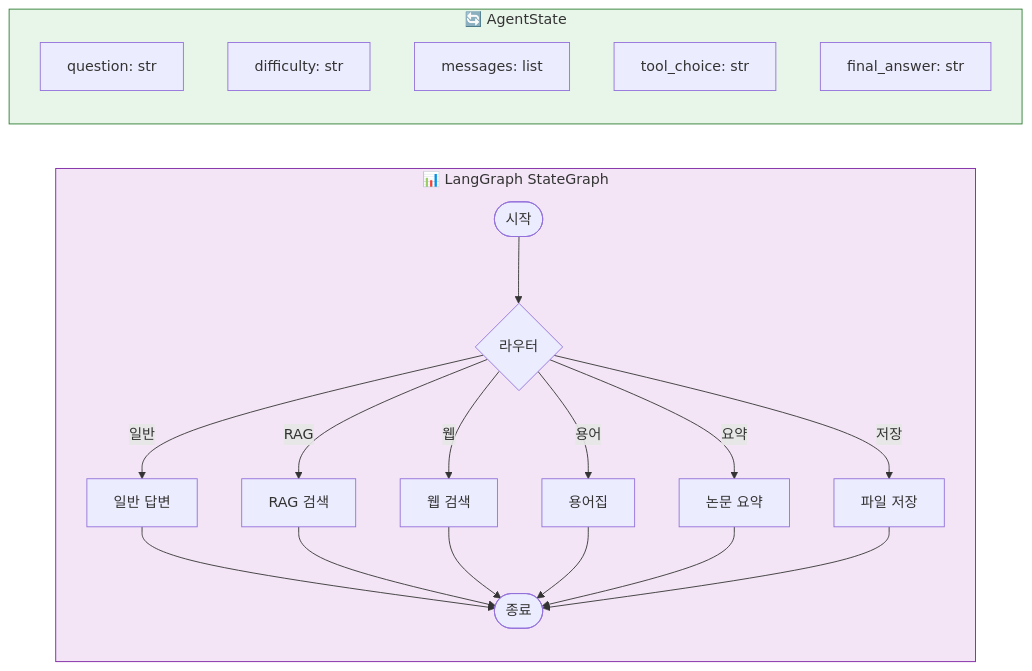
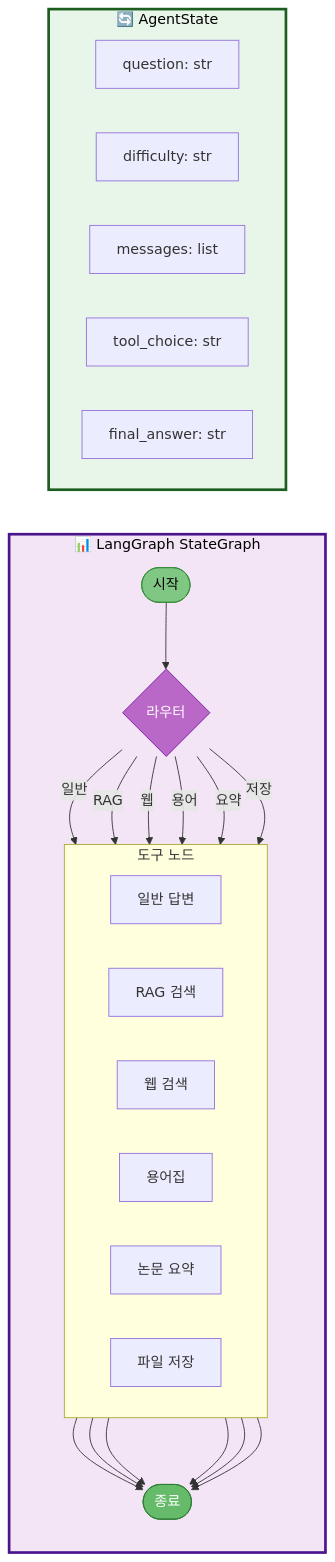
Before and after one commit to AIBootcamp14/langchainproject-new-langchainproject_5: the fifth of 8 diagrams in docs/PPT/02_프로젝트_목표_및_설계.md, drawn with Mermaid. The commit also changed other lines of this file and 5 other files, not shown here.

First line of the commit message:
style(docs): PPT 문서에 mermaid 스타일 가이드 적용

````diff
--- a/docs/PPT/02_프로젝트_목표_및_설계.md
+++ b/docs/PPT/02_프로젝트_목표_및_설계.md
@@ -195,26 +310,47 @@
 ```mermaid
 graph LR
     subgraph StateGraph["📊 LangGraph StateGraph"]
-        START([시작]) --> Router{라우터}
+        direction TB
+        START([시작])
+        Router{라우터}
 
-        Router -->|일반| N1[일반 답변]
-        Router -->|RAG| N2[RAG 검색]
-        Router -->|웹| N3[웹 검색]
-        Router -->|용어| N4[용어집]
-        Router -->|요약| N5[논문 요약]
-        Router -->|저장| N6[파일 저장]
+        subgraph Tools["도구 노드"]
+            direction LR
+            N1[일반 답변]
+            N2[RAG 검색]
+            N3[웹 검색]
+            N4[용어집]
+            N5[논문 요약]
+            N6[파일 저장]
+        end
 
-        N1 & N2 & N3 & N4 & N5 & N6 --> END([종료])
+        END([종료])
+
+        START --> Router
+        Router -->|일반| N1
+        Router -->|RAG| N2
+        Router -->|웹| N3
+        Router -->|용어| N4
+        Router -->|요약| N5
+        Router -->|저장| N6
+        N1 & N2 & N3 & N4 & N5 & N6 --> END
     end
 
     subgraph State["🔄 AgentState"]
+        direction LR
         S1[question: str]
         S2[difficulty: str]
         S3[messages: list]
         S4[tool_choice: str]
         S5[final_answer: str]
     end
 
-    style StateGraph fill:#f3e5f5,stroke:#7b1fa2
-    style State fill:#e8f5e9,stroke:#2e7d32
+    %% Subgraph 스타일
+    style StateGraph fill:#f3e5f5,stroke:#4a148c,stroke-width:3px,color:#000
+    style State fill:#e8f5e9,stroke:#1b5e20,stroke-width:3px,color:#000
+
+    %% 노드 스타일
+    style START fill:#81c784,stroke:#388e3c,color:#000
+    style Router fill:#ba68c8,stroke:#7b1fa2,color:#fff
+    style END fill:#66bb6a,stroke:#2e7d32,color:#fff
 ```
````
